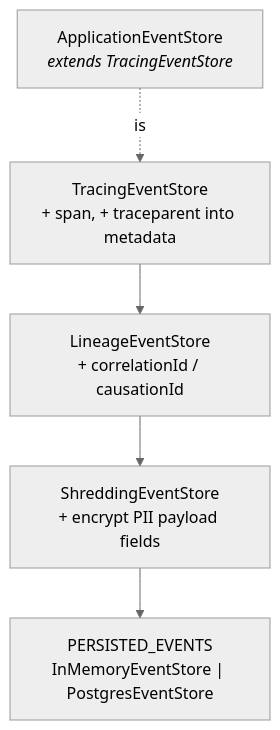
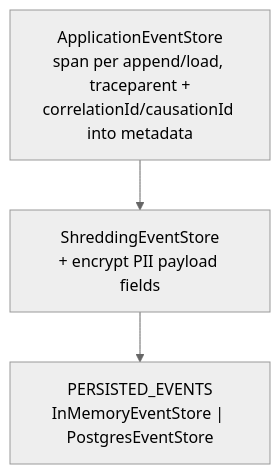
One commit to willehpeh/market-miam changed the second of 3 diagrams in docs/EVENT-SOURCING-ARCHITECTURE.md. Above: the diagram before and after it, drawn with Mermaid (neutral theme). The commit also changed other lines of this file and 4 other files, not shown here.

````diff
--- a/docs/EVENT-SOURCING-ARCHITECTURE.md
+++ b/docs/EVENT-SOURCING-ARCHITECTURE.md
@@ -111,13 +117,9 @@
 ```mermaid
 flowchart TB
-    APP["ApplicationEventStore<br/><i>extends TracingEventStore</i>"]
-    T["TracingEventStore<br/>+ span, + traceparent into metadata"]
-    L["LineageEventStore<br/>+ correlationId / causationId"]
+    APP["ApplicationEventStore<br/>span per append/load, traceparent +<br/>correlationId/causationId into metadata"]
     S["ShreddingEventStore<br/>+ encrypt PII payload fields"]
     LEAF["PERSISTED_EVENTS<br/>InMemoryEventStore | PostgresEventStore"]
 
-    APP -.->|is| T
-    T --> L
-    L --> S
+    APP --> S
     S --> LEAF
 ```
````
